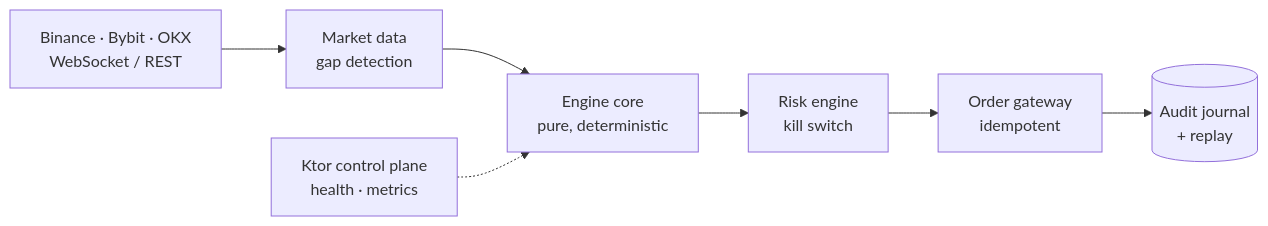
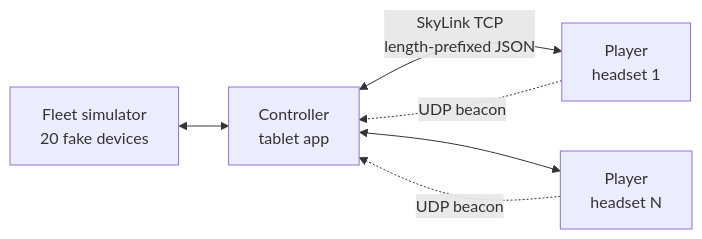
Before and after one commit to devionbogdan/portfolio: the fourth of 4 diagrams in README.md, drawn with Mermaid. The commit also changed other lines of this file, not shown here.

Commit message:
Replace HFT and Orca with TheSky; trim duplicated details

````diff
--- a/README.md
+++ b/README.md
@@ -96,9 +87,8 @@
 ```mermaid
 flowchart LR
-  X[Binance · Bybit · OKX<br/>WebSocket / REST] --> MD[Market data<br/>gap detection]
-  MD --> E[Engine core<br/>pure, deterministic]
-  E --> RK[Risk engine<br/>kill switch]
-  RK --> OG[Order gateway<br/>idempotent]
-  OG --> J[(Audit journal<br/>+ replay)]
-  API[Ktor control plane<br/>health · metrics] -.-> E
+  T[Controller<br/>tablet app] <-->|SkyLink TCP<br/>length-prefixed JSON| P1[Player<br/>headset 1]
+  T <--> P2[Player<br/>headset N]
+  P1 -.->|UDP beacon| T
+  P2 -.->|UDP beacon| T
+  SIM[Fleet simulator<br/>20 fake devices] <--> T
 ```
````
